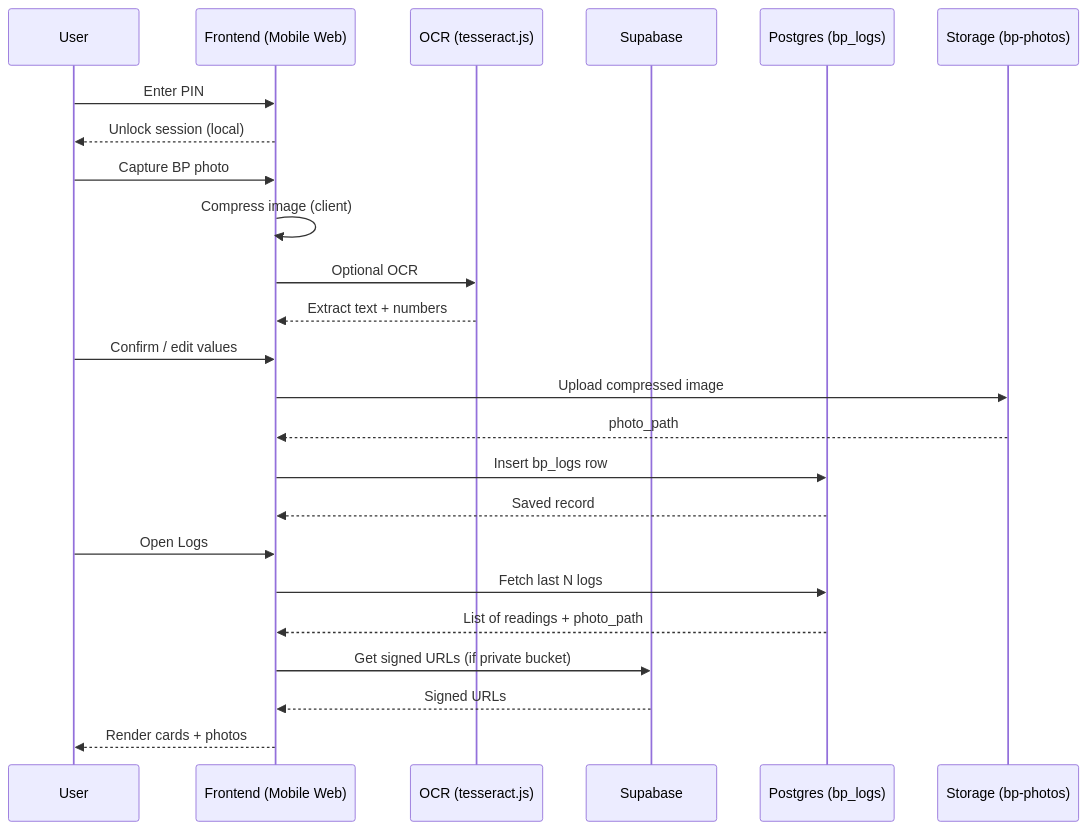
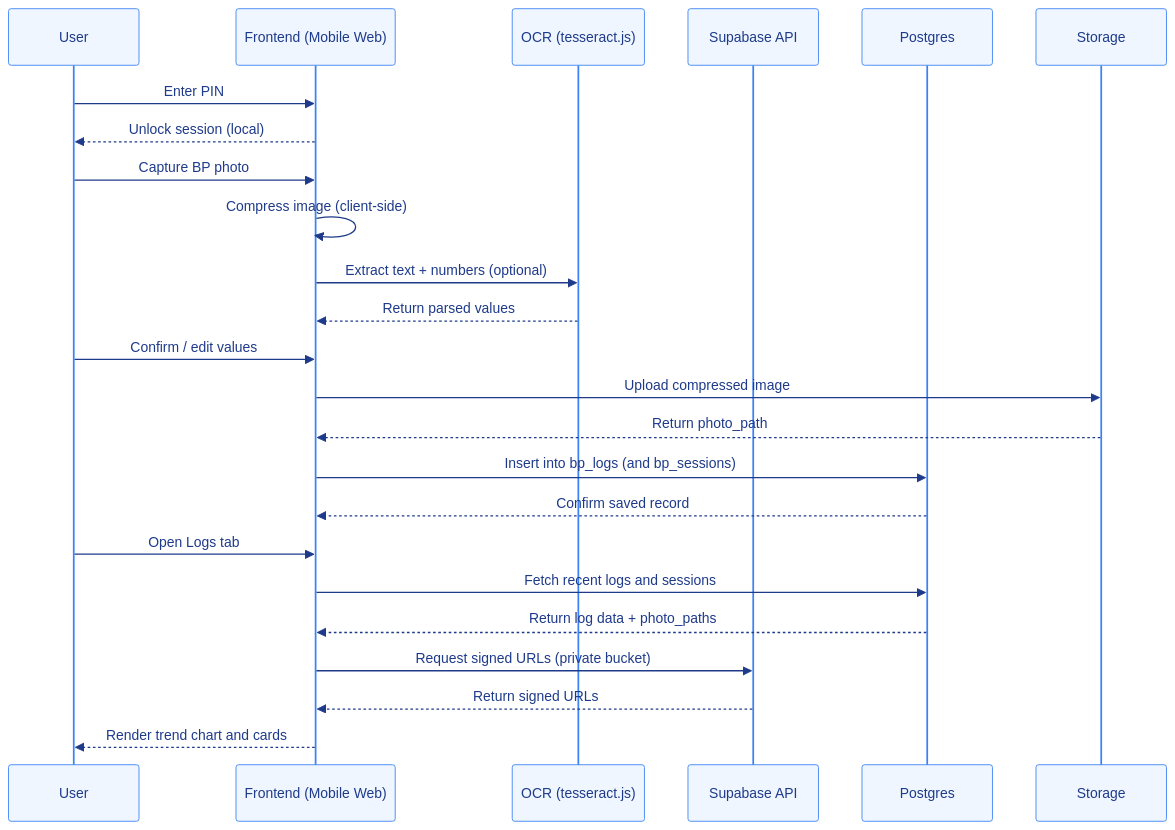
Before and after one commit to sanketmuchhala/BloodPressure_tracker: the second of 6 diagrams in ARCHITECTURE.md, drawn with Mermaid. The commit also changed other lines of this file and 1 other file, not shown here.

First line of the commit message:
Revise architecture docs and diagrams

````diff
--- a/ARCHITECTURE.md
+++ b/ARCHITECTURE.md
@@ -23,31 +26,32 @@
 ```mermaid
+%%{init: {'theme': 'base', 'themeVariables': { 'primaryColor': '#eff6ff', 'primaryTextColor': '#1e3a8a', 'primaryBorderColor': '#3b82f6', 'lineColor': '#3b82f6', 'secondaryColor': '#eff6ff', 'tertiaryColor': '#eff6ff', 'actorLineColor': '#3b82f6'}}}%%
 sequenceDiagram
   participant U as User
   participant UI as Frontend (Mobile Web)
   participant OCR as OCR (tesseract.js)
-  participant SB as Supabase
-  participant DB as Postgres (bp_logs)
-  participant ST as Storage (bp-photos)
+  participant SB as Supabase API
+  participant DB as Postgres
+  participant ST as Storage
 
   U->>UI: Enter PIN
   UI-->>U: Unlock session (local)
 
   U->>UI: Capture BP photo
-  UI->>UI: Compress image (client)
-  UI->>OCR: Optional OCR
-  OCR-->>UI: Extract text + numbers
+  UI->>UI: Compress image (client-side)
+  UI->>OCR: Extract text + numbers (optional)
+  OCR-->>UI: Return parsed values
 
   U->>UI: Confirm / edit values
   UI->>ST: Upload compressed image
-  ST-->>UI: photo_path
+  ST-->>UI: Return photo_path
 
-  UI->>DB: Insert bp_logs row
-  DB-->>UI: Saved record
+  UI->>DB: Insert into bp_logs (and bp_sessions)
+  DB-->>UI: Confirm saved record
 
-  U->>UI: Open Logs
-  UI->>DB: Fetch last N logs
-  DB-->>UI: List of readings + photo_path
-  UI->>SB: Get signed URLs (if private bucket)
-  SB-->>UI: Signed URLs
-  UI-->>U: Render cards + photos
+  U->>UI: Open Logs tab
+  UI->>DB: Fetch recent logs and sessions
+  DB-->>UI: Return log data + photo_paths
+  UI->>SB: Request signed URLs (private bucket)
+  SB-->>UI: Return signed URLs
+  UI-->>U: Render trend chart and cards
 ```
````
